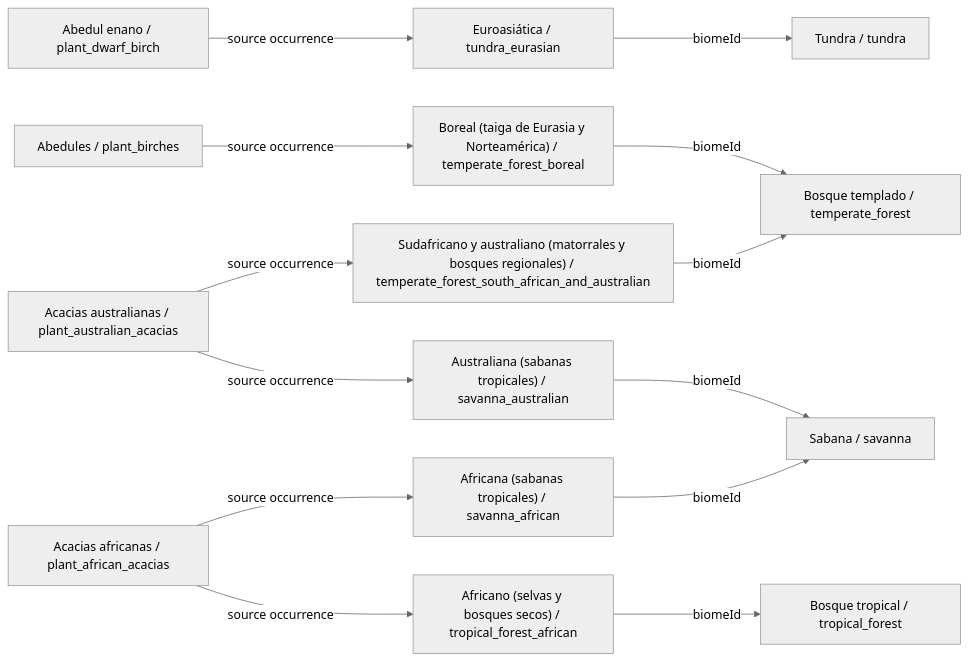
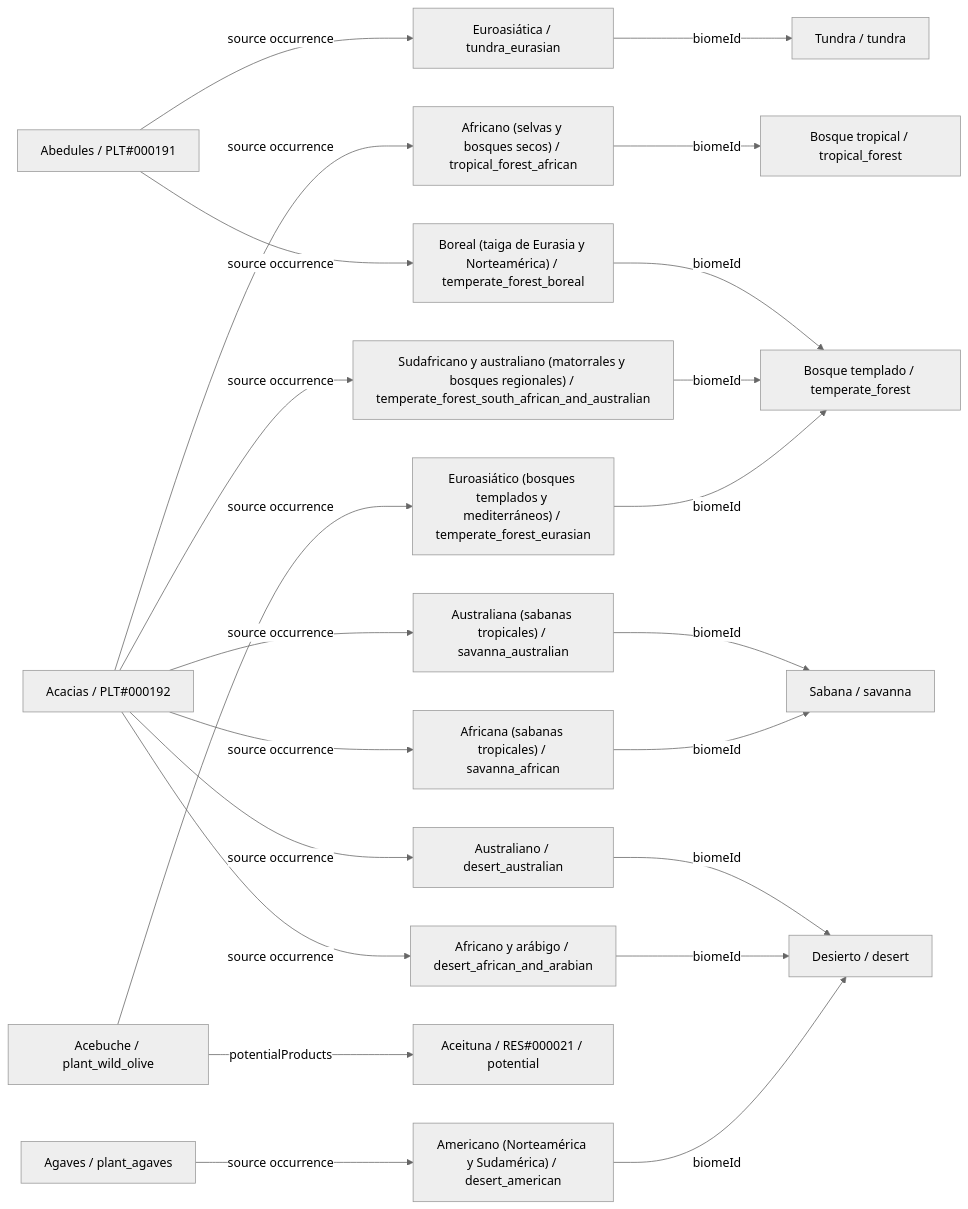
One commit to fgabo404/EvolveDoc changed the first of 34 diagrams in data/plants/DIAGRAMS.es.md. Above: the diagram before and after it, drawn with Mermaid (neutral theme). The commit also changed other lines of this file and 59 other files, not shown here.

````diff
--- a/data/plants/DIAGRAMS.es.md
+++ b/data/plants/DIAGRAMS.es.md
@@ -149,29 +129,44 @@
 ```mermaid
 flowchart LR
-    c0["Abedul enano / plant_dwarf_birch"]
+    c0["Abedules / PLT#000191"]
+    v7["Boreal (taiga de Eurasia y Norteamérica) / temperate_forest_boreal"]
+    b1["Bosque templado / temperate_forest"]
     v9["Euroasiática / tundra_eurasian"]
     b2["Tundra / tundra"]
-    c1["Abedules / plant_birches"]
-    v7["Boreal (taiga de Eurasia y Norteamérica) / temperate_forest_boreal"]
-    b1["Bosque templado / temperate_forest"]
-    c2["Acacias africanas / plant_african_acacias"]
+    c1["Acacias / PLT#000192"]
     v1["Africano (selvas y bosques secos) / tropical_forest_african"]
     b0["Bosque tropical / tropical_forest"]
+    v6["Sudafricano y australiano (matorrales y bosques regionales) / temperate_forest_south_african_and_australian"]
     v11["Africana (sabanas tropicales) / savanna_african"]
     b3["Sabana / savanna"]
-    c3["Acacias australianas / plant_australian_acacias"]
-    v6["Sudafricano y australiano (matorrales y bosques regionales) / temperate_forest_south_african_and_australian"]
     v14["Australiana (sabanas tropicales) / savanna_australian"]
+    v16["Africano y arábigo / desert_african_and_arabian"]
+    b4["Desierto / desert"]
+    v18["Australiano / desert_australian"]
+    c2["Acebuche / plant_wild_olive"]
+    v4["Euroasiático (bosques templados y mediterráneos) / temperate_forest_eurasian"]
+    o2_0["Aceituna / RES#000021 / potential"]
+    c3["Agaves / plant_agaves"]
+    v15["Americano (Norteamérica y Sudamérica) / desert_american"]
+    c0 -->|source occurrence| v7
     c0 -->|source occurrence| v9
-    c1 -->|source occurrence| v7
-    c2 -->|source occurrence| v1
-    c2 -->|source occurrence| v11
-    c3 -->|source occurrence| v14
-    c3 -->|source occurrence| v6
+    c1 -->|source occurrence| v1
+    c1 -->|source occurrence| v11
+    c1 -->|source occurrence| v14
+    c1 -->|source occurrence| v16
+    c1 -->|source occurrence| v18
+    c1 -->|source occurrence| v6
+    c2 -->|potentialProducts| o2_0
+    c2 -->|source occurrence| v4
+    c3 -->|source occurrence| v15
     v1 -->|biomeId| b0
     v11 -->|biomeId| b3
     v14 -->|biomeId| b3
+    v15 -->|biomeId| b4
+    v16 -->|biomeId| b4
+    v18 -->|biomeId| b4
+    v4 -->|biomeId| b1
     v6 -->|biomeId| b1
     v7 -->|biomeId| b1
     v9 -->|biomeId| b2
 ```
````
